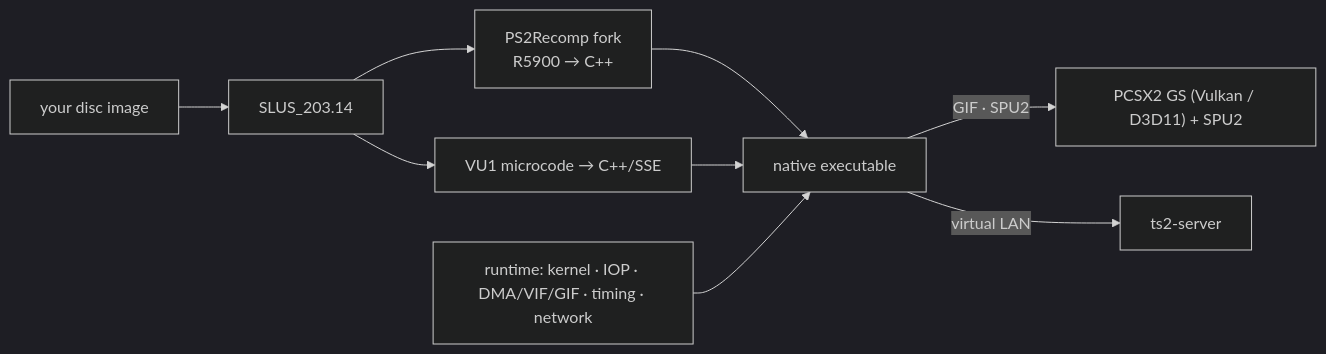
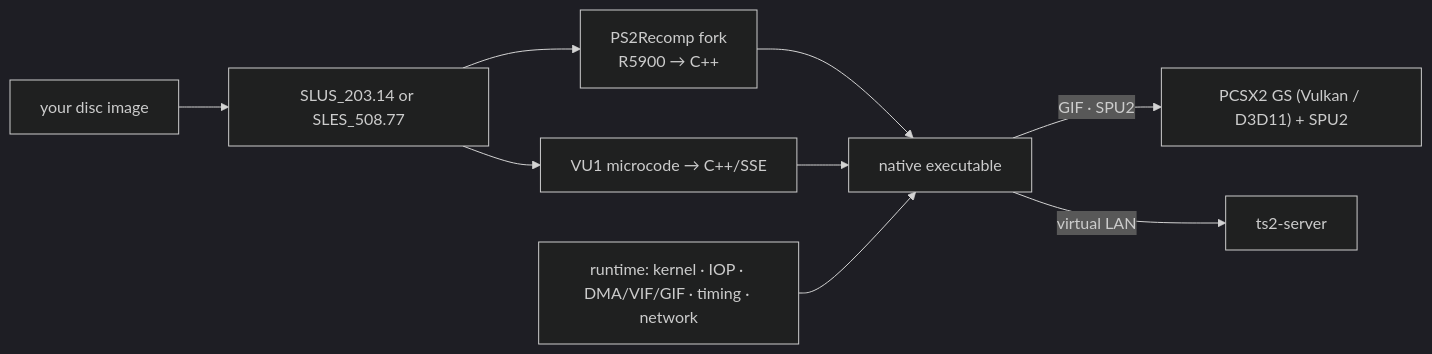
One commit to Destinity13/TimeSplitters-2-Native-Recomp-Windows-Linux-SteamDeck changed the diagram in README.md. Above: the diagram before and after it, drawn with Mermaid (dark theme). The commit also changed other lines of this file and 7 other files, not shown here.

````diff
--- a/README.md
+++ b/README.md
@@ -328,11 +328,11 @@
 ```mermaid
 flowchart LR
-    ISO["your disc image"] --> E["SLUS_203.14"]
+    ISO["your disc image"] --> E["SLUS_203.14 or SLES_508.77"]
     E --> R["PS2Recomp fork<br/>R5900 → C++"]
     E --> V["VU1 microcode → C++/SSE"]
     R --> B["native executable"]
     V --> B
     RT["runtime: kernel · IOP · DMA/VIF/GIF · timing · network"] --> B
     B -->|GIF · SPU2| GS["PCSX2 GS (Vulkan / D3D11) + SPU2"]
     B -->|virtual LAN| S["ts2-server"]
 ```
````
